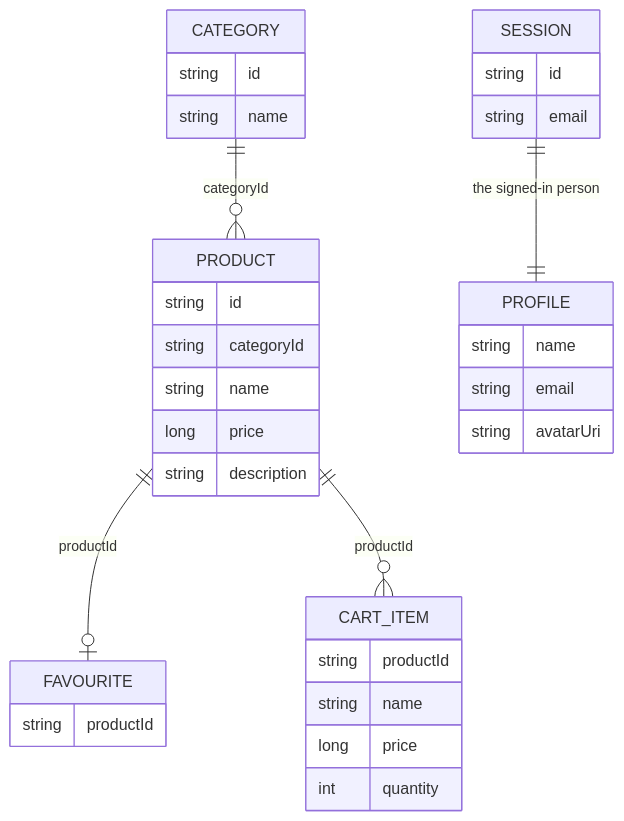
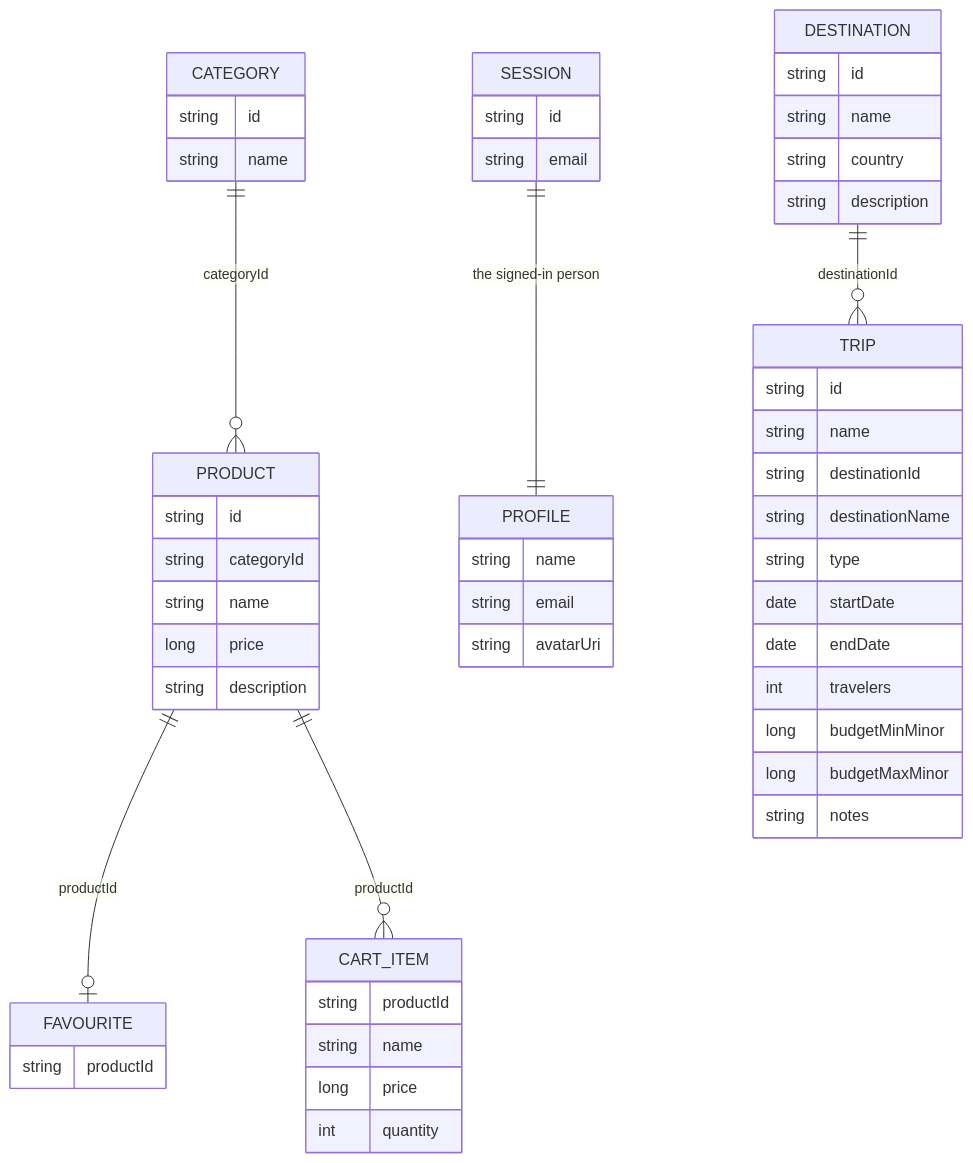
Before and after one commit to TomasBozek/AndroidProject1: the diagram in docs/ai/reference/DOMAIN.md, drawn with Mermaid. The commit also changed other lines of this file and 128 other files, not shown here.

````diff
--- a/docs/ai/reference/DOMAIN.md
+++ b/docs/ai/reference/DOMAIN.md
@@ -8,37 +8,57 @@
 ```mermaid
 erDiagram
     CATEGORY ||--o{ PRODUCT : "categoryId"
     PRODUCT ||--o| FAVOURITE : "productId"
     PRODUCT ||--o{ CART_ITEM : "productId"
     SESSION ||--|| PROFILE : "the signed-in person"
+    DESTINATION ||--o{ TRIP : "destinationId"
 
     CATEGORY {
         string id
         string name
     }
     PRODUCT {
         string id
         string categoryId
         string name
         long price
         string description
     }
     FAVOURITE {
         string productId
     }
     CART_ITEM {
         string productId
         string name
         long price
         int quantity
     }
     SESSION {
         string id
         string email
     }
     PROFILE {
         string name
         string email
         string avatarUri
     }
+    DESTINATION {
+        string id
+        string name
+        string country
+        string description
+    }
+    TRIP {
+        string id
+        string name
+        string destinationId
+        string destinationName
+        string type
+        date startDate
+        date endDate
+        int travelers
+        long budgetMinMinor
+        long budgetMaxMinor
+        string notes
+    }
 ```
````
